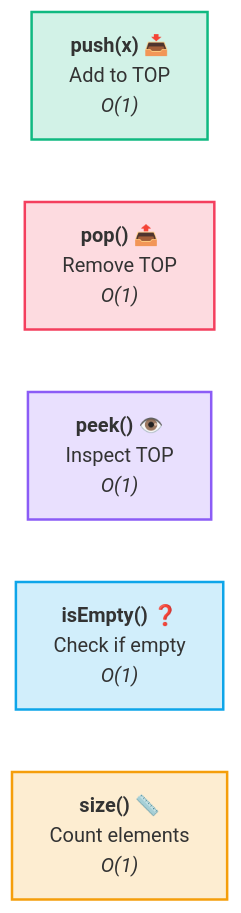
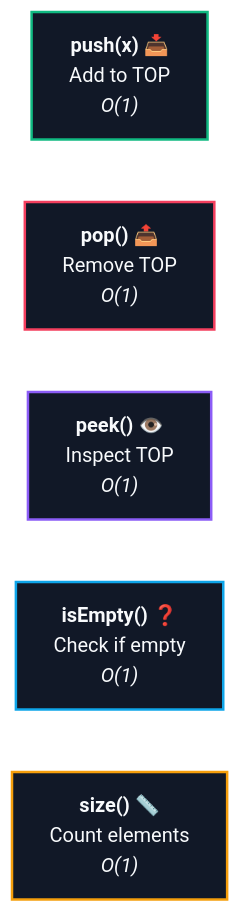
The second of 5 diagrams in CS/DSA/06. Stacks & Queues/01. Stack Fundamentals.md (abhinavbharti2345/CS_Notes), drawn with Mermaid before and after one commit. The commit also changed other lines of this file and 195 other files, not shown here.

````diff
--- a/CS/DSA/06. Stacks & Queues/01. Stack Fundamentals.md
+++ b/CS/DSA/06. Stacks & Queues/01. Stack Fundamentals.md
@@ -68,20 +69,21 @@
 ```mermaid
+%%{init: {'theme': 'base', 'themeVariables': { 'darkMode': true, 'background': '#0B0F14', 'mainBkg': '#111827', 'primaryColor': '#111827', 'primaryTextColor': '#F8FAFC', 'primaryBorderColor': '#38BDF8', 'lineColor': '#64748B', 'secondaryColor': '#0B0F14', 'tertiaryColor': '#0B0F14', 'clusterBkg': '#0B0F14', 'clusterBorder': '#38BDF8' }}}%%
 flowchart LR
     Op1["<b>push(x) 📥</b><br/>Add to TOP<br/><i>O(1)</i>"]
     Op2["<b>pop() 📤</b><br/>Remove TOP<br/><i>O(1)</i>"]
     Op3["<b>peek() 👁️</b><br/>Inspect TOP<br/><i>O(1)</i>"]
     Op4["<b>isEmpty() ❓</b><br/>Check if empty<br/><i>O(1)</i>"]
     Op5["<b>size() 📏</b><br/>Count elements<br/><i>O(1)</i>"]
 
-    classDef op1 fill:#10b98130,stroke:#10b981,stroke-width:2px;
-    classDef op2 fill:#f43f5e30,stroke:#f43f5e,stroke-width:2px;
-    classDef op3 fill:#8b5cf630,stroke:#8b5cf6,stroke-width:2px;
-    classDef op4 fill:#0ea5e930,stroke:#0ea5e9,stroke-width:2px;
-    classDef op5 fill:#f59e0b30,stroke:#f59e0b,stroke-width:2px;
+    classDef op1 fill:#111827,stroke:#10b981,stroke-width:2px,color:#F8FAFC;
+    classDef op2 fill:#111827,stroke:#f43f5e,stroke-width:2px,color:#F8FAFC;
+    classDef op3 fill:#111827,stroke:#8b5cf6,stroke-width:2px,color:#F8FAFC;
+    classDef op4 fill:#111827,stroke:#0ea5e9,stroke-width:2px,color:#F8FAFC;
+    classDef op5 fill:#111827,stroke:#f59e0b,stroke-width:2px,color:#F8FAFC;
 
     class Op1 op1;
     class Op2 op2;
     class Op3 op3;
     class Op4 op4;
     class Op5 op5;
 ```
````
